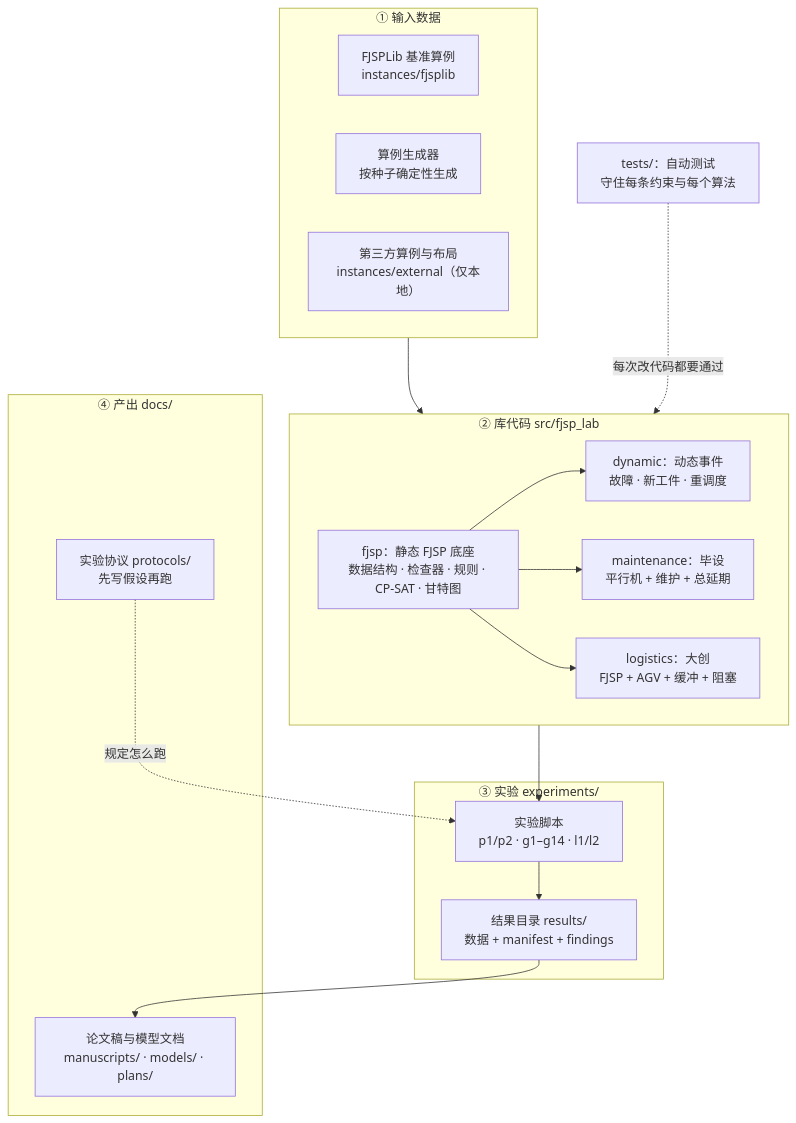
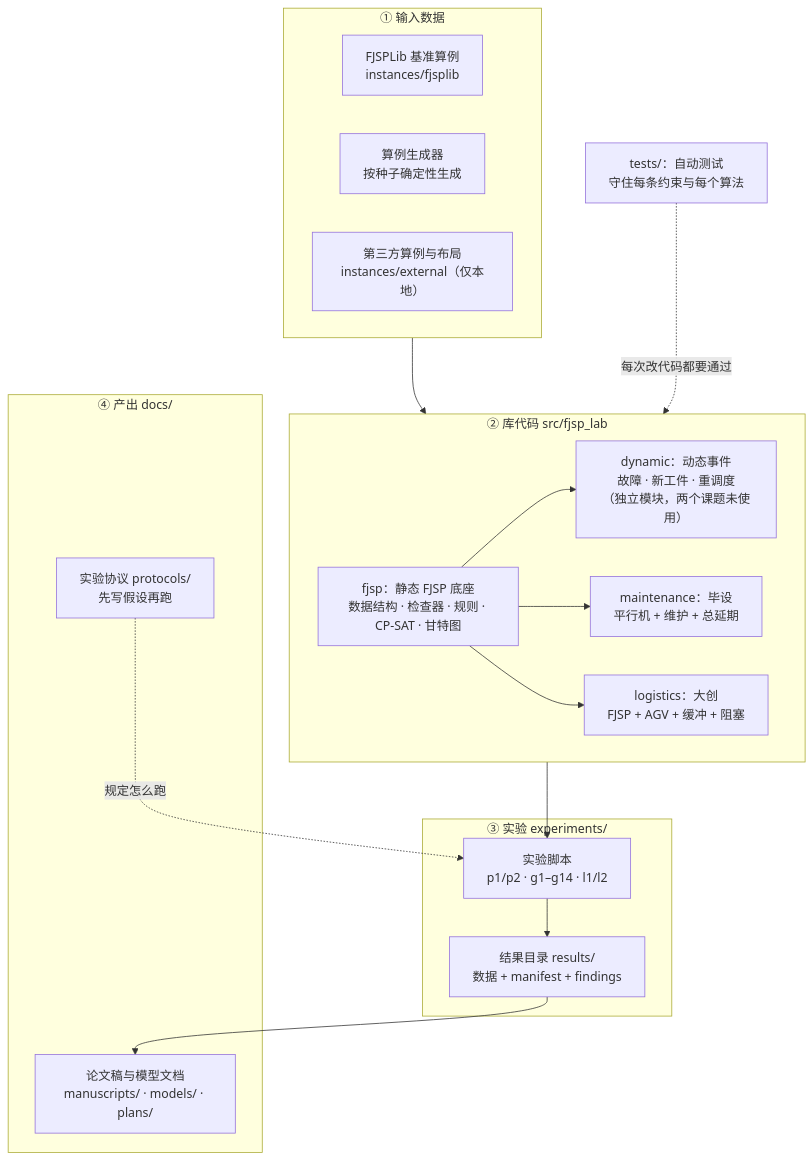
One commit to i-m-a-g-nation/fjsp-agv-rl-research changed the first of 7 diagrams in docs/overview.md. Above: the diagram before and after it, drawn with Mermaid. The commit also changed other lines of this file and 4 other files, not shown here.

````diff
--- a/docs/overview.md
+++ b/docs/overview.md
@@ -21,37 +23,37 @@
 ```mermaid
 flowchart TB
     subgraph DATA["① 输入数据"]
         D1["FJSPLib 基准算例<br/>instances/fjsplib"]
         D2["算例生成器<br/>按种子确定性生成"]
         D3["第三方算例与布局<br/>instances/external（仅本地）"]
     end
 
     subgraph LIB["② 库代码 src/fjsp_lab"]
         F["fjsp：静态 FJSP 底座<br/>数据结构 · 检查器 · 规则 · CP-SAT · 甘特图"]
-        DY["dynamic：动态事件<br/>故障 · 新工件 · 重调度"]
+        DY["dynamic：动态事件<br/>故障 · 新工件 · 重调度<br/>（独立模块，两个课题未使用）"]
         M["maintenance：毕设<br/>平行机 + 维护 + 总延期"]
         L["logistics：大创<br/>FJSP + AGV + 缓冲 + 阻塞"]
         F --> DY
         F --> M
         F --> L
     end
 
     subgraph RUN["③ 实验 experiments/"]
         S["实验脚本<br/>p1/p2 · g1–g14 · l1/l2"]
         R["结果目录 results/<br/>数据 + manifest + findings"]
         S --> R
     end
 
     subgraph OUT["④ 产出 docs/"]
         P["实验协议 protocols/<br/>先写假设再跑"]
         W["论文稿与模型文档<br/>manuscripts/ · models/ · plans/"]
     end
 
     T["tests/：自动测试<br/>守住每条约束与每个算法"]
 
     DATA --> LIB
     LIB --> S
     P -. 规定怎么跑 .-> S
     R --> W
     T -. 每次改代码都要通过 .-> LIB
 ```
````
